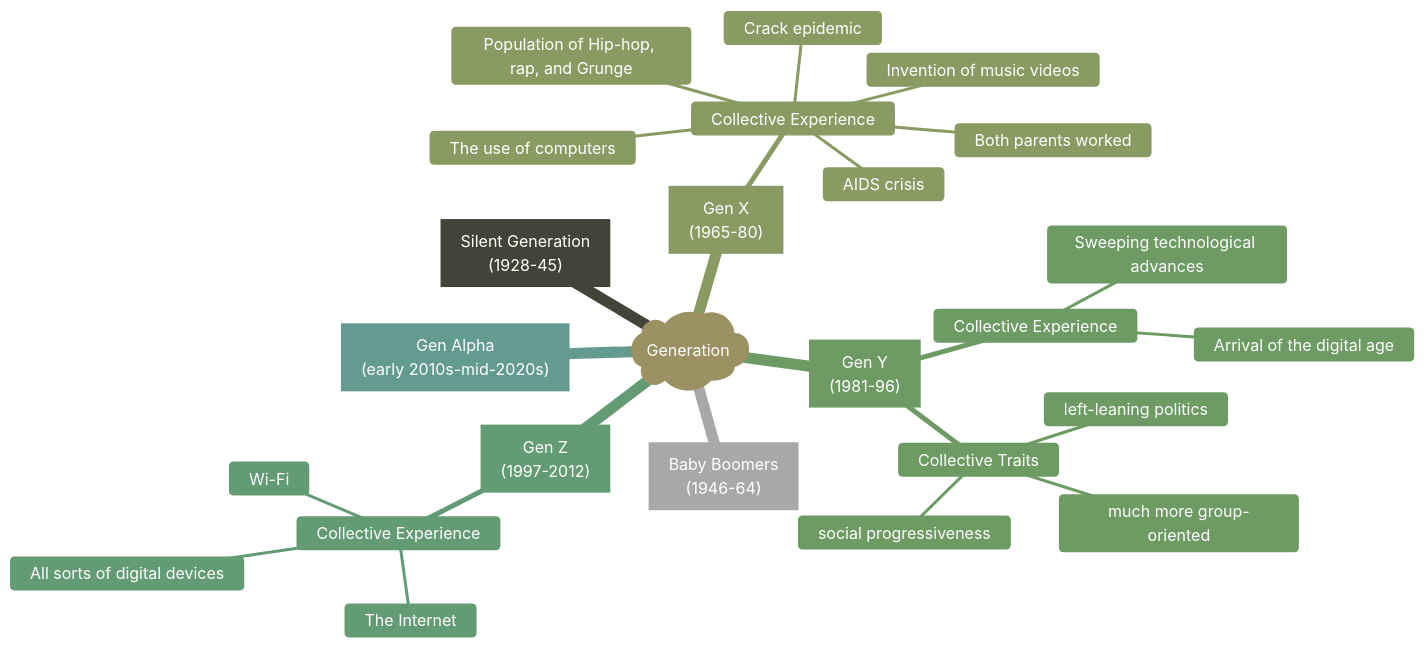
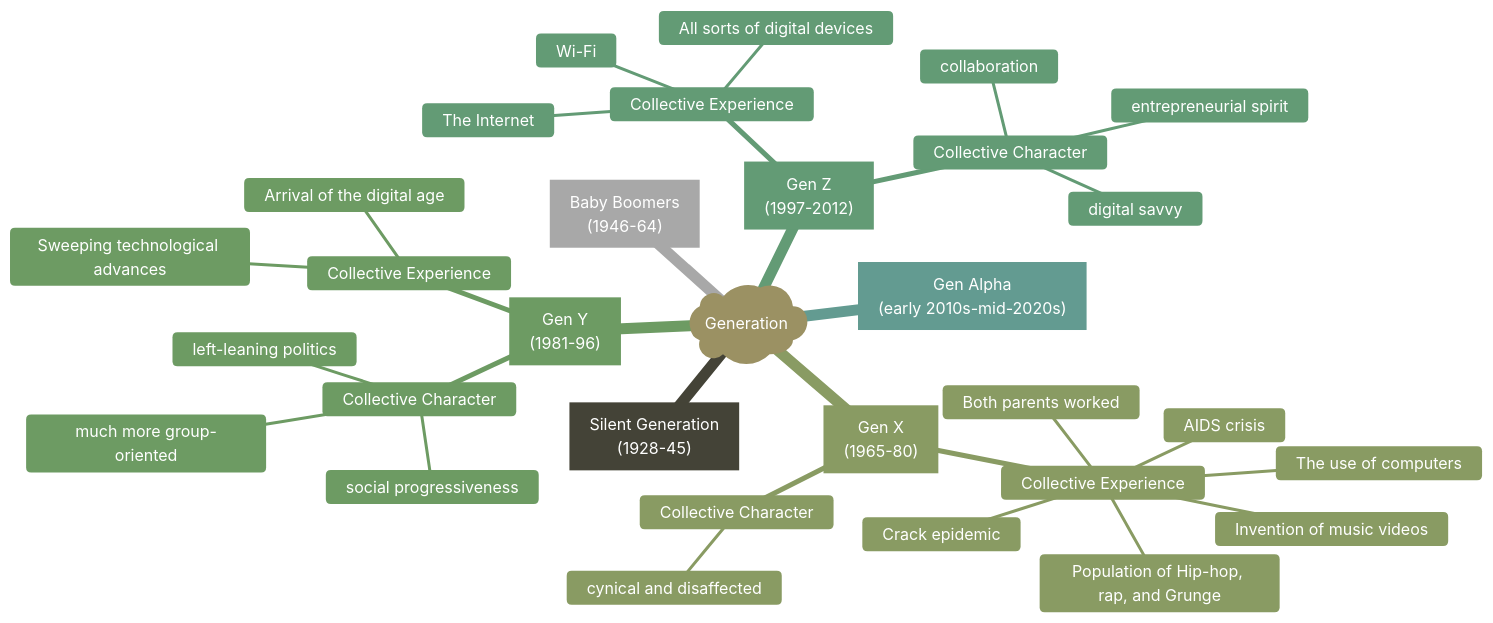
Before and after one commit to Charlie929-dot/charlie_vault: the diagram in 英语第一次作业.md, drawn with Mermaid.

Commit message:
vault backup: 2026-03-04 17:17:56

````diff
--- a/英语第一次作业.md
+++ b/英语第一次作业.md
@@ -3,40 +3,46 @@
 ```mermaid
 ---
 config:
   theme: 'base'
   themeVariables:
     primaryColor: '#CDC8B1'
     primaryTextColor: '#fff'
     primaryBorderColor: '#7C0000'
     lineColor: '#F8B229'
     secondaryColor: '#8B8970'
     tertiaryColor: '#E8E8E8'
   layout: 'cose-bilkent'
 ---
 			mindmap
 				  root)Generation(
 				    Gen["`Silent Generation<br/>(1928-45)`"]
 				    Gen["`Baby Boomers<br/>(1946-64)`"]
 				    Gen["`Gen X<br/>(1965-80)`"]
 				      Collective Experience
 				        The use of computers
 				        Both parents worked
 				        Crack epidemic
 				        AIDS crisis
 				        Invention of music videos
 				        Population of Hip-hop, rap, and Grunge
+				      Collective Character
+				        cynical and disaffected
 				    Gen["`Gen Y<br/>(1981-96)`"]
 				      Collective Experience
 				        Sweeping technological advances
 				        Arrival of the digital age
-				      Collective Traits
+				      Collective Character
 				        much more group-oriented
 				        social progressiveness
 				        left-leaning politics
 				    Gen["`Gen Z<br/>(1997-2012)`"]
 				      Collective Experience
 				        All sorts of digital devices
 				        The Internet
 				        Wi-Fi
+				      Collective Character
+				        digital savvy
+				        entrepreneurial spirit
+				        collaboration
 				    Gen["`Gen Alpha<br/>(early 2010s-mid-2020s)`"]
 ```
````
